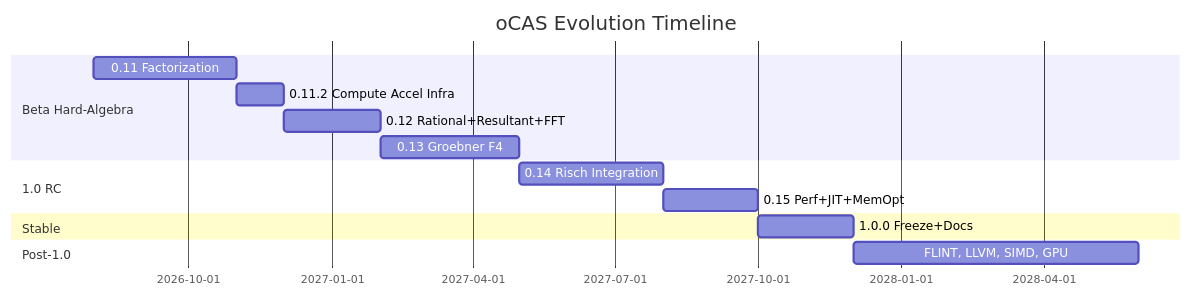
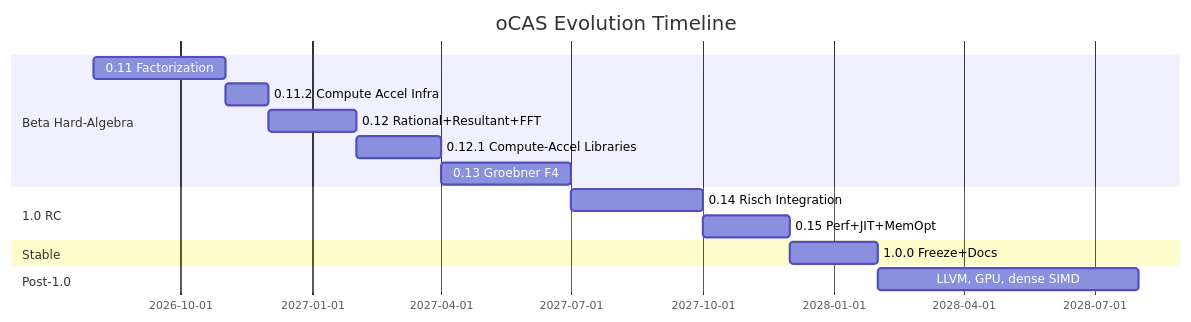
One commit to Charleshzh/oCAS changed the diagram in docs/planning/EVOLUTION_PLAN_EN.md. Above: the diagram before and after it, drawn with Mermaid. The commit also changed other lines of this file and 1 other file, not shown here.

````diff
--- a/docs/planning/EVOLUTION_PLAN_EN.md
+++ b/docs/planning/EVOLUTION_PLAN_EN.md
@@ -34,17 +34,18 @@
 ```mermaid
 gantt
     title oCAS Evolution Timeline
     dateFormat YYYY-MM
     section Beta Hard-Algebra
     0.11 Factorization        :b11, 2026-08, 3M
     0.11.2 Compute Accel Infra :b112, after b11, 1M
     0.12 Rational+Resultant+FFT :b12, after b112, 2M
-    0.13 Groebner F4          :b13, after b12, 3M
+    0.12.1 Compute-Accel Libraries :b121, after b12, 2M
+    0.13 Groebner F4          :b13, after b121, 3M
     section 1.0 RC
     0.14 Risch Integration    :r14, after b13, 3M
     0.15 Perf+JIT+MemOpt      :r15, after r14, 2M
     section Stable
     1.0.0 Freeze+Docs         :s10, after r15, 2M
     section Post-1.0
-    FLINT, LLVM, SIMD, GPU    :p1, after s10, 6M
+    LLVM, GPU, dense SIMD     :p1, after s10, 6M
 ```
````
